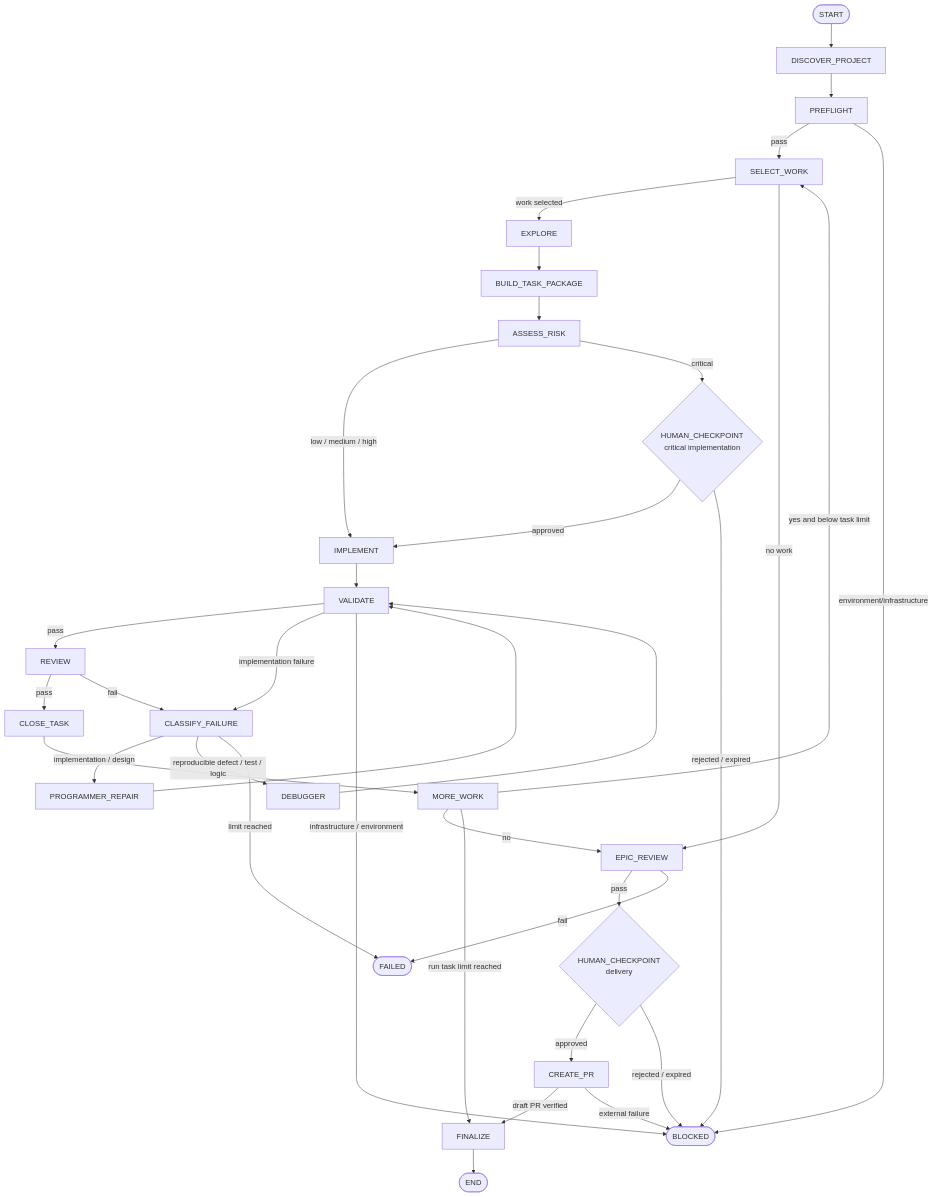
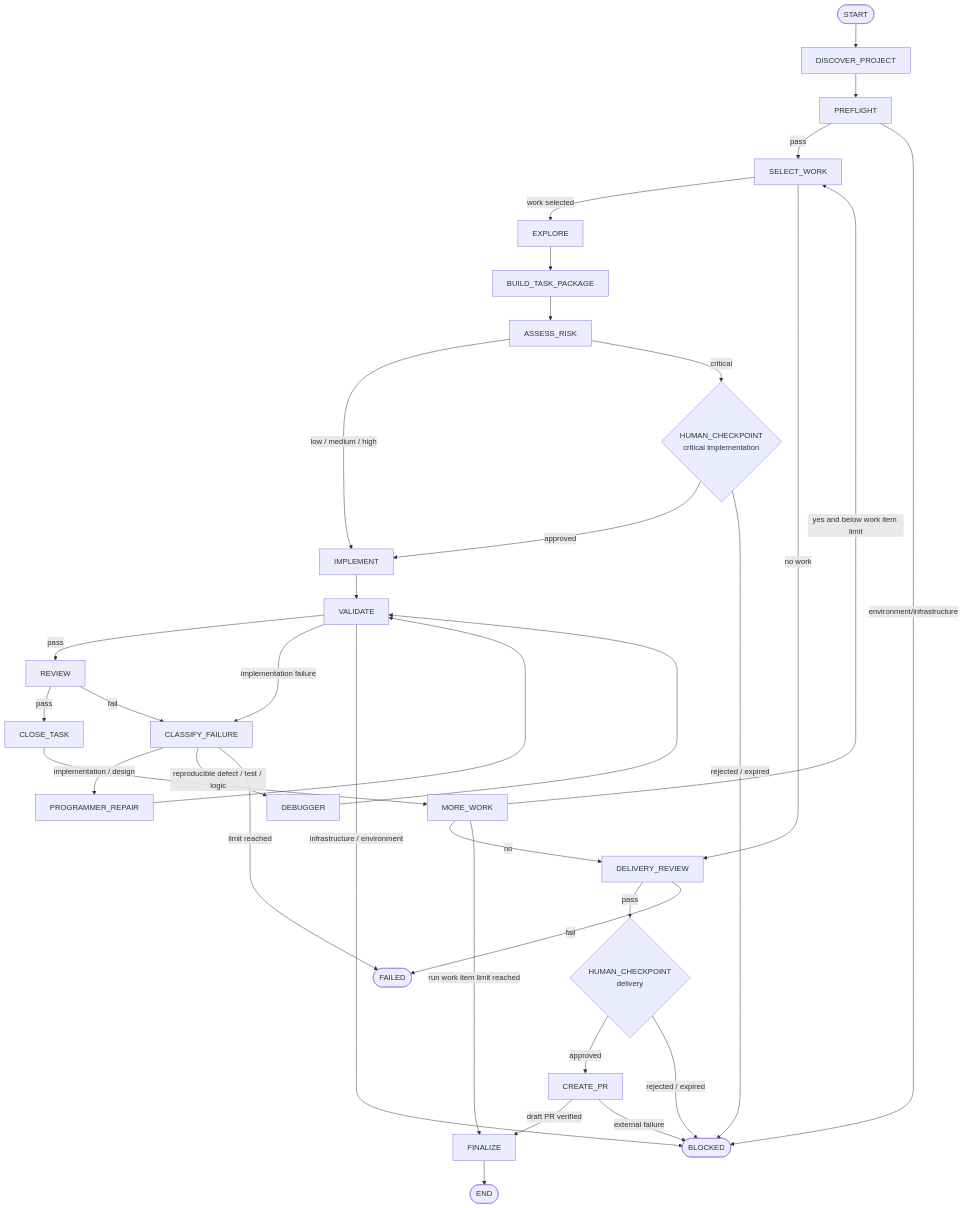
Before and after one commit to piotrbarabasz/ai-content-generation: the diagram in docs/agent-graph-engine/V1_ARCHITECTURE.md, drawn with Mermaid. The commit also changed other lines of this file, not shown here.

Commit message:
docs/agent-graph-engine/V1_ARCHITECTURE.md

````diff
--- a/docs/agent-graph-engine/V1_ARCHITECTURE.md
+++ b/docs/agent-graph-engine/V1_ARCHITECTURE.md
@@ -129,37 +135,37 @@
 ```mermaid
 flowchart TD
     S([START]) --> DP[DISCOVER_PROJECT]
     DP --> PF[PREFLIGHT]
     PF -->|pass| SW[SELECT_WORK]
     PF -->|environment/infrastructure| B([BLOCKED])
     SW -->|work selected| EX[EXPLORE]
-    SW -->|no work| ER[EPIC_REVIEW]
+    SW -->|no work| ER[DELIVERY_REVIEW]
     EX --> BP[BUILD_TASK_PACKAGE]
     BP --> AR[ASSESS_RISK]
     AR -->|low / medium / high| IM[IMPLEMENT]
     AR -->|critical| HC1{HUMAN_CHECKPOINT\ncritical implementation}
     HC1 -->|approved| IM
     HC1 -->|rejected / expired| B
     IM --> VA[VALIDATE]
     VA -->|pass| RV[REVIEW]
     VA -->|implementation failure| CF[CLASSIFY_FAILURE]
     VA -->|infrastructure / environment| B
     RV -->|pass| CT[CLOSE_TASK]
     RV -->|fail| CF
     CF -->|implementation / design| PR[PROGRAMMER_REPAIR]
     CF -->|reproducible defect / test / logic| DG[DEBUGGER]
     CF -->|limit reached| F([FAILED])
     PR --> VA
     DG --> VA
     CT --> MW[MORE_WORK]
-    MW -->|yes and below task limit| SW
+    MW -->|yes and below work item limit| SW
     MW -->|no| ER
-    MW -->|run task limit reached| FN[FINALIZE]
+    MW -->|run work item limit reached| FN[FINALIZE]
     ER -->|pass| HC2{HUMAN_CHECKPOINT\ndelivery}
     ER -->|fail| F
     HC2 -->|approved| CP[CREATE_PR]
     HC2 -->|rejected / expired| B
     CP -->|draft PR verified| FN
     CP -->|external failure| B
     FN --> E([END])
 ```
````
